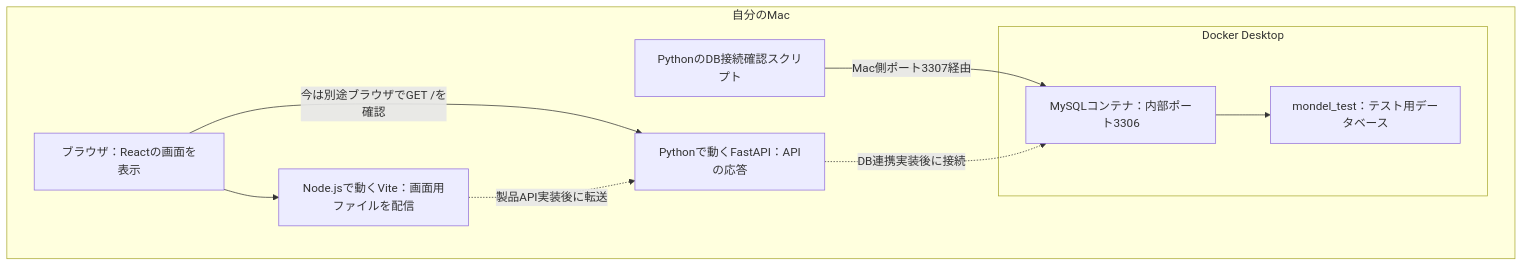
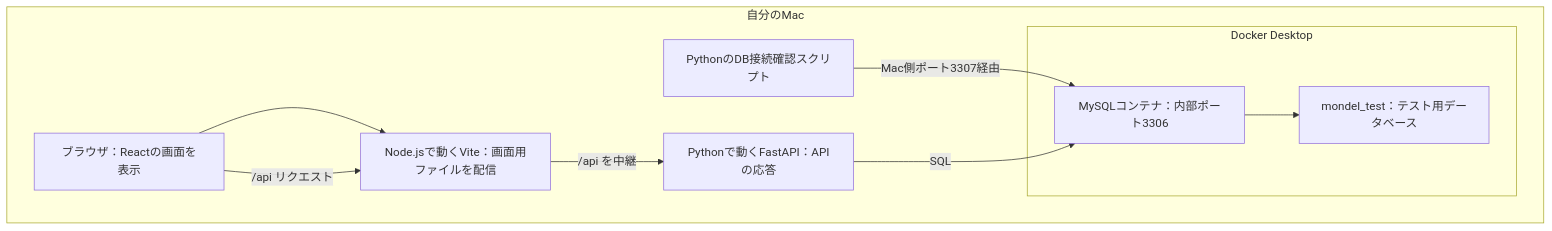
Before and after one commit to Yukimatsu-S/sdd_react_fastapi_practice: the diagram in README.md, drawn with Mermaid. The commit also changed other lines of this file and 2 other files, not shown here.

````diff
--- a/README.md
+++ b/README.md
@@ -13,19 +13,19 @@
 ```mermaid
 flowchart TB
     subgraph Mac[自分のMac]
         Browser[ブラウザ：Reactの画面を表示]
         Node[Node.jsで動くVite：画面用ファイルを配信]
         Python[Pythonで動くFastAPI：APIの応答]
         Check[PythonのDB接続確認スクリプト]
         subgraph Docker[Docker Desktop]
             Mysql[MySQLコンテナ：内部ポート3306]
             DB[mondel_test：テスト用データベース]
             Mysql --> DB
         end
         Browser --> Node
-        Browser -->|今は別途ブラウザでGET /を確認| Python
+        Browser -->|/api リクエスト| Node
         Check -->|Mac側ポート3307経由| Mysql
-        Node -. 製品API実装後に転送 .-> Python
-        Python -. DB連携実装後に接続 .-> Mysql
+        Node -->|/api を中継| Python
+        Python -->|SQL| Mysql
     end
 ```
````
